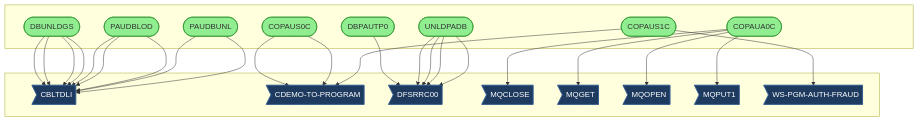
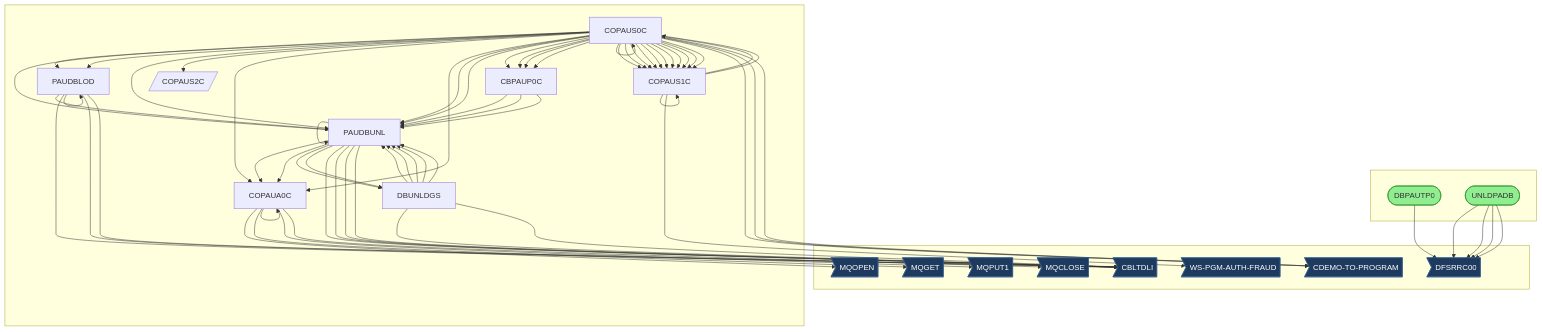
The diagram in example_output/CALL_GRAPH.md (andrasfe/war_rig), drawn with Mermaid before and after one commit. The commit also changed other lines of this file and 114 other files, not shown here.

````diff
--- a/example_output/CALL_GRAPH.md
+++ b/example_output/CALL_GRAPH.md
@@ -10,14 +10,19 @@
 flowchart TD
 
     subgraph jobs[" "]
-        COPAUA0C([COPAUA0C])
-        COPAUS0C([COPAUS0C])
-        COPAUS1C([COPAUS1C])
         DBPAUTP0([DBPAUTP0])
-        DBUNLDGS([DBUNLDGS])
-        PAUDBLOD([PAUDBLOD])
-        PAUDBUNL([PAUDBUNL])
         UNLDPADB([UNLDPADB])
+    end
+
+    subgraph procs[" "]
+        CBPAUP0C[CBPAUP0C]
+        COPAUA0C[COPAUA0C]
+        COPAUS0C[COPAUS0C]
+        COPAUS1C[COPAUS1C]
+        COPAUS2C[/COPAUS2C/]
+        DBUNLDGS[DBUNLDGS]
+        PAUDBLOD[PAUDBLOD]
+        PAUDBUNL[PAUDBUNL]
     end
 
     subgraph external[" "]
@@ -32,22 +37,141 @@
     end
 
     %% Call relationships
+    CBPAUP0C --> PAUDBUNL
+    CBPAUP0C --> PAUDBUNL
+    CBPAUP0C --> PAUDBUNL
+    COPAUA0C --> COPAUA0C
+    COPAUA0C --> COPAUA0C
+    COPAUA0C --> COPAUA0C
+    COPAUA0C --> COPAUA0C
+    COPAUA0C --> COPAUA0C
+    COPAUA0C --> COPAUA0C
+    COPAUA0C --> COPAUA0C
+    COPAUA0C --> COPAUA0C
+    COPAUA0C --> COPAUA0C
+    COPAUA0C --> COPAUA0C
+    COPAUA0C --> COPAUA0C
+    COPAUA0C --> COPAUA0C
+    COPAUA0C --> COPAUA0C
+    COPAUA0C --> COPAUA0C
+    COPAUA0C --> COPAUA0C
+    COPAUA0C --> COPAUA0C
+    COPAUA0C --> COPAUA0C
+    COPAUA0C --> COPAUA0C
+    COPAUA0C --> COPAUA0C
+    COPAUA0C --> COPAUA0C
+    COPAUA0C --> COPAUA0C
+    COPAUA0C --> COPAUA0C
+    COPAUA0C --> COPAUA0C
+    COPAUA0C --> COPAUA0C
+    COPAUA0C --> COPAUA0C
+    COPAUA0C --> COPAUA0C
+    COPAUA0C --> COPAUA0C
+    COPAUA0C --> COPAUA0C
     COPAUA0C --> MQOPEN
     COPAUA0C --> MQGET
     COPAUA0C --> MQPUT1
     COPAUA0C --> MQCLOSE
+    COPAUS0C --> PAUDBUNL
+    COPAUS0C --> PAUDBLOD
+    COPAUS0C --> PAUDBLOD
+    COPAUS0C --> PAUDBUNL
+    COPAUS0C --> COPAUS2C
+    COPAUS0C --> COPAUA0C
+    COPAUS0C --> COPAUA0C
+    COPAUS0C --> PAUDBUNL
+    COPAUS0C --> PAUDBUNL
+    COPAUS0C --> CBPAUP0C
+    COPAUS0C --> CBPAUP0C
+    COPAUS0C --> CBPAUP0C
+    COPAUS0C --> CBPAUP0C
+    COPAUS0C --> COPAUS0C
+    COPAUS0C --> COPAUS0C
+    COPAUS0C --> COPAUS1C
+    COPAUS0C --> COPAUS1C
+    COPAUS0C --> COPAUS1C
+    COPAUS0C --> COPAUS0C
+    COPAUS0C --> COPAUS1C
+    COPAUS0C --> COPAUS1C
+    COPAUS0C --> COPAUS1C
+    COPAUS0C --> COPAUS1C
+    COPAUS0C --> COPAUS1C
+    COPAUS0C --> COPAUS1C
+    COPAUS0C --> COPAUS1C
+    COPAUS0C --> COPAUS1C
+    COPAUS0C --> COPAUS0C
+    COPAUS0C --> COPAUS0C
+    COPAUS0C --> COPAUS0C
+    COPAUS0C --> COPAUS0C
+    COPAUS0C --> COPAUS0C
+    COPAUS0C --> COPAUS0C
+    COPAUS0C --> COPAUS0C
+    COPAUS0C --> COPAUS0C
+    COPAUS0C --> COPAUS0C
+    COPAUS0C --> COPAUS0C
+    COPAUS0C --> COPAUS0C
+    COPAUS0C --> COPAUS0C
+    COPAUS0C --> COPAUS0C
+    COPAUS0C --> COPAUS0C
+    COPAUS0C --> COPAUS0C
+    COPAUS0C --> COPAUS0C
+    COPAUS0C --> COPAUS0C
+    COPAUS0C --> COPAUS0C
+    COPAUS0C --> COPAUS0C
+    COPAUS0C --> COPAUS0C
+    COPAUS0C --> COPAUS0C
+    COPAUS0C --> COPAUS0C
+    COPAUS0C --> COPAUS0C
+    COPAUS0C --> COPAUS0C
+    COPAUS0C --> COPAUS0C
+    COPAUS0C --> COPAUS0C
+    COPAUS0C --> COPAUS0C
+    COPAUS0C --> COPAUS0C
+    COPAUS0C --> COPAUS0C
+    COPAUS0C --> COPAUS0C
+    COPAUS0C --> COPAUS0C
     COPAUS0C --> CDEMO_TO_PROGRAM
     COPAUS0C --> CDEMO_TO_PROGRAM
+    COPAUS0C --> CDEMO_TO_PROGRAM
+    COPAUS1C --> COPAUS1C
+    COPAUS1C --> COPAUS1C
+    COPAUS1C --> COPAUS1C
+    COPAUS1C --> COPAUS1C
+    COPAUS1C --> COPAUS0C
+    COPAUS1C --> COPAUS0C
+    COPAUS1C --> COPAUS1C
+    COPAUS1C --> COPAUS1C
+    COPAUS1C --> COPAUS1C
+    COPAUS1C --> COPAUS1C
+    COPAUS1C --> COPAUS1C
     COPAUS1C --> WS_PGM_AUTH_FRAUD
-    COPAUS1C --> CDEMO_TO_PROGRAM
     DBPAUTP0 --> DFSRRC00
+    DBUNLDGS --> PAUDBUNL
+    DBUNLDGS --> PAUDBUNL
+    DBUNLDGS --> PAUDBUNL
+    DBUNLDGS --> PAUDBUNL
+    DBUNLDGS --> PAUDBUNL
     DBUNLDGS --> CBLTDLI
     DBUNLDGS --> CBLTDLI
-    DBUNLDGS --> CBLTDLI
-    DBUNLDGS --> CBLTDLI
+    PAUDBLOD --> PAUDBLOD
+    PAUDBLOD --> PAUDBLOD
+    PAUDBLOD --> PAUDBLOD
+    PAUDBLOD --> PAUDBUNL
     PAUDBLOD --> CBLTDLI
     PAUDBLOD --> CBLTDLI
     PAUDBLOD --> CBLTDLI
+    PAUDBUNL --> PAUDBUNL
+    PAUDBUNL --> PAUDBUNL
+    PAUDBUNL --> PAUDBUNL
+    PAUDBUNL --> COPAUA0C
+    PAUDBUNL --> COPAUA0C
+    PAUDBUNL --> DBUNLDGS
+    PAUDBUNL --> PAUDBUNL
+    PAUDBUNL --> DBUNLDGS
+    PAUDBUNL --> PAUDBUNL
+    PAUDBUNL --> PAUDBUNL
+    PAUDBUNL --> CBLTDLI
+    PAUDBUNL --> CBLTDLI
     PAUDBUNL --> CBLTDLI
     PAUDBUNL --> CBLTDLI
     UNLDPADB --> DFSRRC00
@@ -57,7 +181,7 @@
 
     %% Styling
     classDef entryPoint fill:#90EE90,stroke:#228B22
-    class CBPAUP0C,CBPAUP0J,COPAUA0C,COPAUS0C,COPAUS1C,COPAUS2C,DBPAUTP0,DBUNLDGS,LOADPADB,PAUDBLOD,PAUDBUNL,UNLDGSAM,UNLDPADB entryPoint
+    class CBPAUP0J,DBPAUTP0,LOADPADB,UNLDGSAM,UNLDPADB entryPoint
     classDef missing fill:#1E3A5F,stroke:#2E5A8F,color:#FFFFFF
     class CBLTDLI,CDEMO_TO_PROGRAM,DFSRRC00,MQCLOSE,MQGET,MQOPEN,MQPUT1,WS_PGM_AUTH_FRAUD missing
 ```
````
